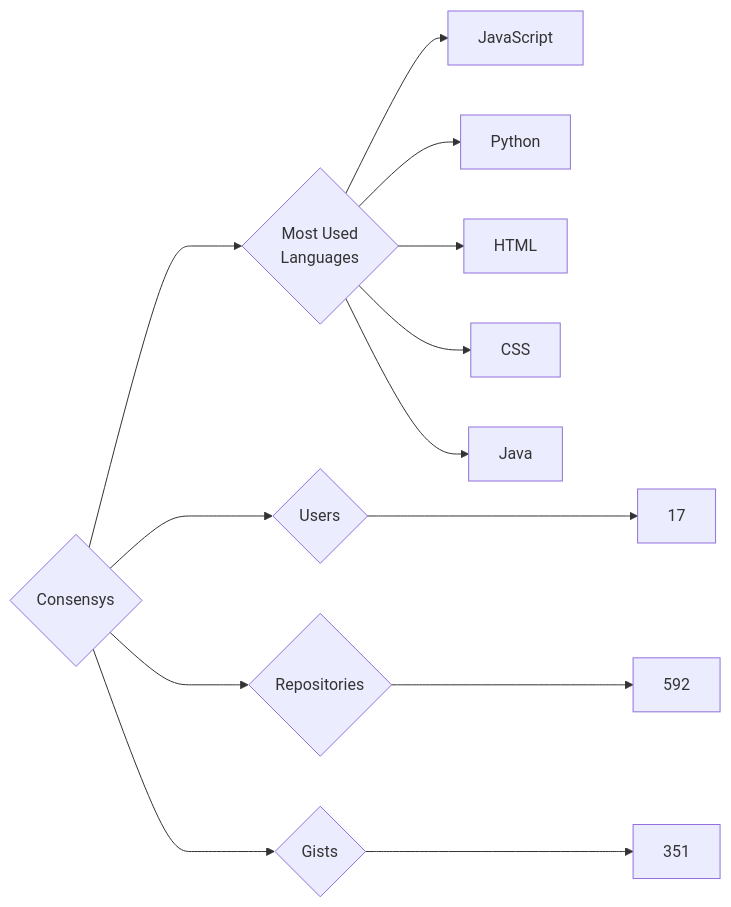
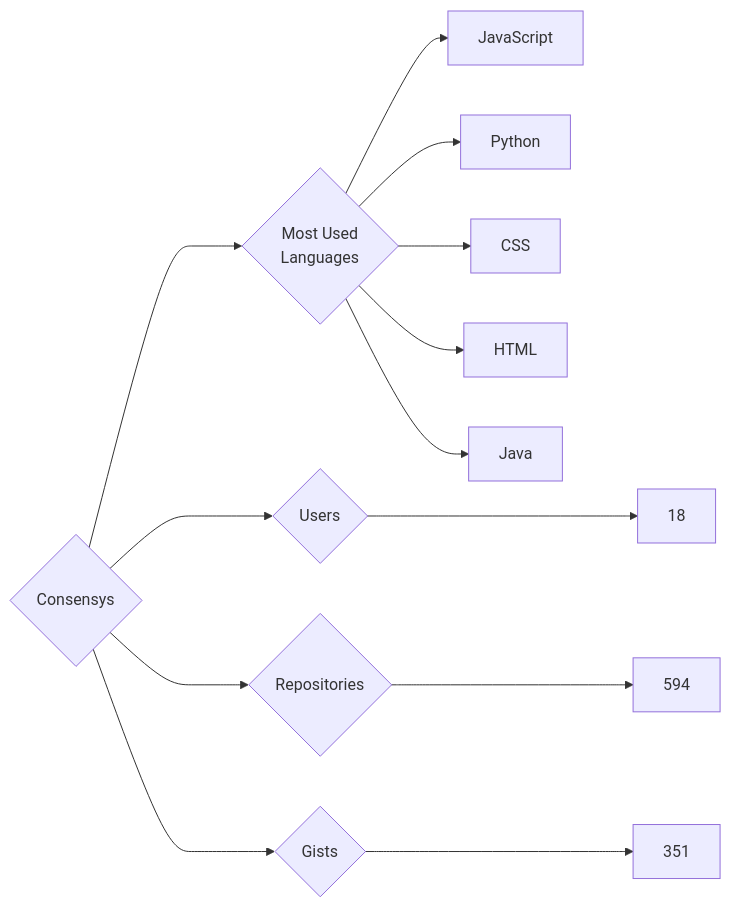
The diagram in targets/Consensys/README.md (trickest/insiders), drawn with Mermaid before and after one commit. The commit also changed 681 other files, not shown here.

````diff
--- a/targets/Consensys/README.md
+++ b/targets/Consensys/README.md
@@ -3,13 +3,13 @@
 ```mermaid
 graph LR
 COMPANY_NAME{Consensys}
-COMPANY_NAME ---> U{Users} ---> UN[17]
-COMPANY_NAME ---> R{Repositories} ---> RN[592]
+COMPANY_NAME ---> U{Users} ---> UN[18]
+COMPANY_NAME ---> R{Repositories} ---> RN[594]
 COMPANY_NAME ---> G{Gists} ---> GN[351]
 COMPANY_NAME ---> ML{Most Used<br>Languages}
 ML --> JavaScript[JavaScript]
 ML --> Python[Python]
+ML --> CSS[CSS]
 ML --> HTML[HTML]
-ML --> CSS[CSS]
 ML --> Java[Java]
 ```
````
